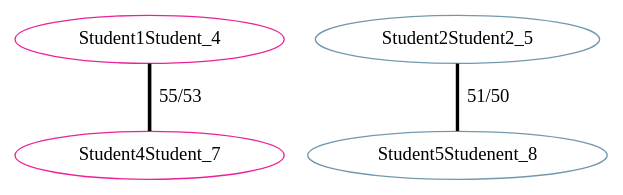
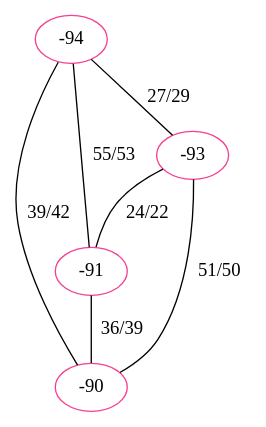
One commit to Betessa/And-Again changed the diagram in moss/graph.dot. Above: the diagram before and after it, drawn with Graphviz. The commit also changed 6 other files, not shown here.

```diff
--- a/moss/graph.dot
+++ b/moss/graph.dot
@@ -1,8 +1,12 @@
 digraph D {
-Student4Student_7[color="#EC2198"];
-Student1Student_4[color="#EC2198"];
-Student5Studenent_8[color="#7298AE"];
-Student2Student2_5[color="#7298AE"];
-Student1Student_4->Student4Student_7 [dir=none, label="55/53 "penwidth= 2.7,edgeURL="http://localhost:8888/moodle38/13/moss.stanford.edu/results/5/3400162962238/match0.html"];
-Student2Student2_5->Student5Studenent_8 [dir=none, label="51/50 "penwidth= 2.525,edgeURL="http://localhost:8888/moodle38/13/moss.stanford.edu/results/5/3400162962238/match1.html"];
+-91[color="#F54091"];
+-90[color="#F54091"];
+-93[color="#F54091"];
+-94[color="#F54091"];
+-94->-91 [dir=none, label="55/53 ",edgeURL="http://localhost:8888/moodle38/13/moss.stanford.edu/results/9/6455920001930/match0.html"];
+-93->-90 [dir=none, label="51/50 ",edgeURL="http://localhost:8888/moodle38/13/moss.stanford.edu/results/9/6455920001930/match1.html"];
+-94->-90 [dir=none, label="39/42 ",edgeURL="http://localhost:8888/moodle38/13/moss.stanford.edu/results/9/6455920001930/match2.html"];
+-91->-90 [dir=none, label="36/39 ",edgeURL="http://localhost:8888/moodle38/13/moss.stanford.edu/results/9/6455920001930/match3.html"];
+-94->-93 [dir=none, label="27/29 ",edgeURL="http://localhost:8888/moodle38/13/moss.stanford.edu/results/9/6455920001930/match4.html"];
+-93->-91 [dir=none, label="24/22 ",edgeURL="http://localhost:8888/moodle38/13/moss.stanford.edu/results/9/6455920001930/match5.html"];
 }
```
